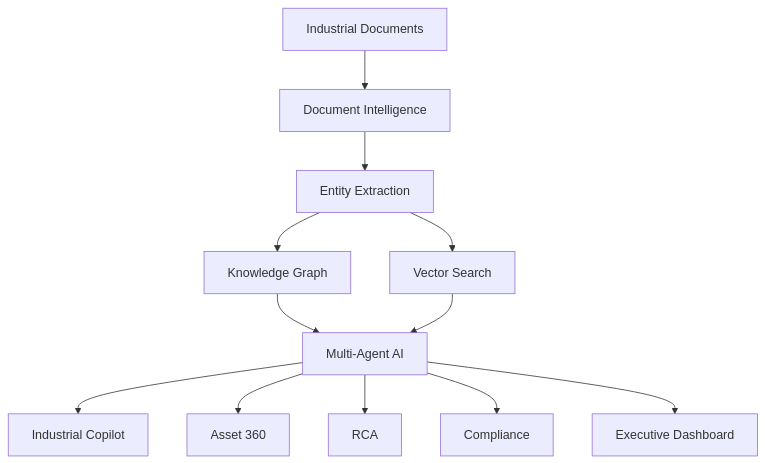
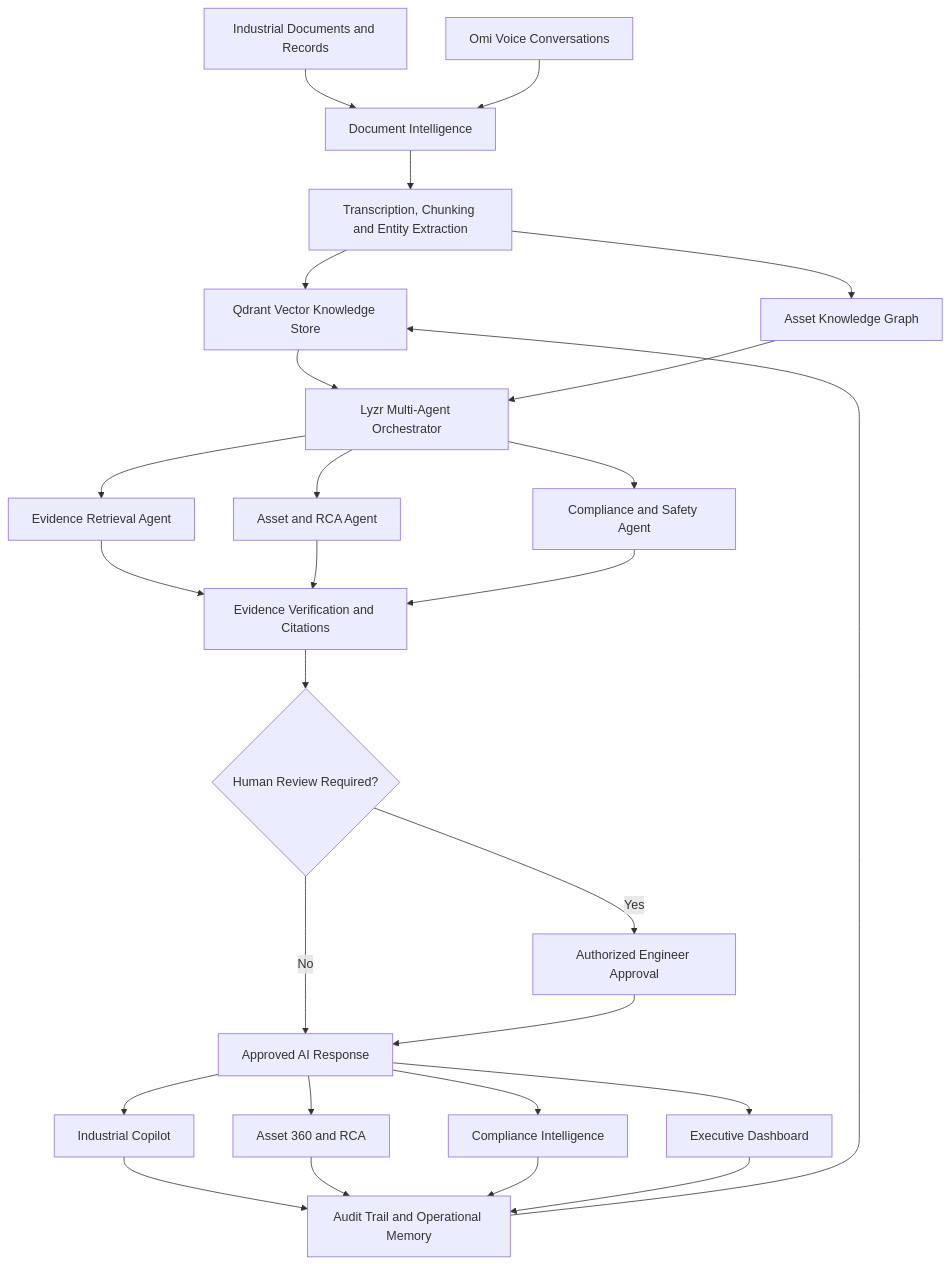
Before and after one commit to Janicebenita/AI-powered-Industrial-Knowledge-Intelligence: the diagram in README.md, drawn with Mermaid. The commit also changed other lines of this file, not shown here.

Commit message:
Revise architecture and add execution loop details
Updated the architecture diagram and added a unified agentic execution loop section to the README.

````diff
--- a/README.md
+++ b/README.md
@@ -105,14 +105,37 @@
 ```mermaid
 flowchart TD
-    A[Industrial Documents] --> B[Document Intelligence]
-    B --> C[Entity Extraction]
-    C --> D[Knowledge Graph]
-    C --> E[Vector Search]
-    D --> F[Multi-Agent AI]
-    E --> F
-    F --> G[Industrial Copilot]
-    F --> H[Asset 360]
-    F --> I[RCA]
-    F --> J[Compliance]
-    F --> K[Executive Dashboard]
+    A["Industrial Documents and Records"] --> C["Document Intelligence"]
+    B["Omi Voice Conversations"] --> C
+
+    C --> D["Transcription, Chunking and Entity Extraction"]
+    D --> E["Qdrant Vector Knowledge Store"]
+    D --> F["Asset Knowledge Graph"]
+
+    E --> G["Lyzr Multi-Agent Orchestrator"]
+    F --> G
+
+    G --> H["Evidence Retrieval Agent"]
+    G --> I["Asset and RCA Agent"]
+    G --> J["Compliance and Safety Agent"]
+
+    H --> K["Evidence Verification and Citations"]
+    I --> K
+    J --> K
+
+    K --> L{"Human Review Required?"}
+    L -->|Yes| M["Authorized Engineer Approval"]
+    L -->|No| N["Approved AI Response"]
+    M --> N
+
+    N --> O["Industrial Copilot"]
+    N --> P["Asset 360 and RCA"]
+    N --> Q["Compliance Intelligence"]
+    N --> R["Executive Dashboard"]
+
+    O --> S["Audit Trail and Operational Memory"]
+    P --> S
+    Q --> S
+    R --> S
+
+    S --> E
 ```
````
